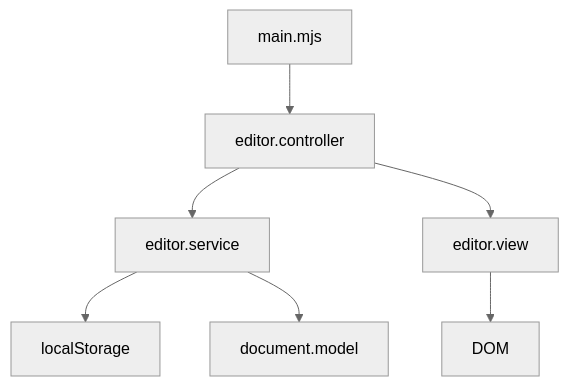
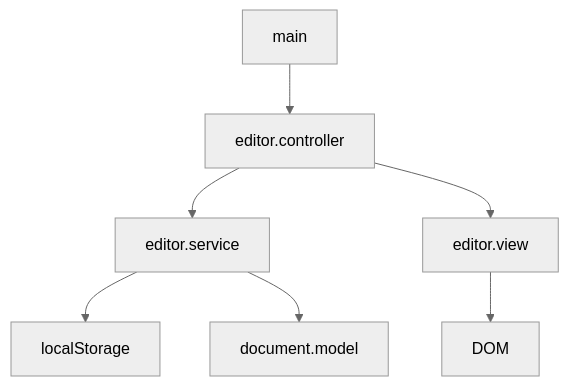
Before and after one commit to 201511065/better-noteApp: the diagram in README.md, drawn with Mermaid (neutral theme).

````diff
--- a/README.md
+++ b/README.md
@@ -18,9 +18,9 @@
 ```mermaid
 graph TD;
-    main.mjs-->editor.controller;
+    main-->editor.controller;
     editor.controller-->editor.service;
     editor.controller-->editor.view;
     editor.service-->localStorage;
     editor.service-->document.model;
     editor.view-->DOM;
 ```
````
